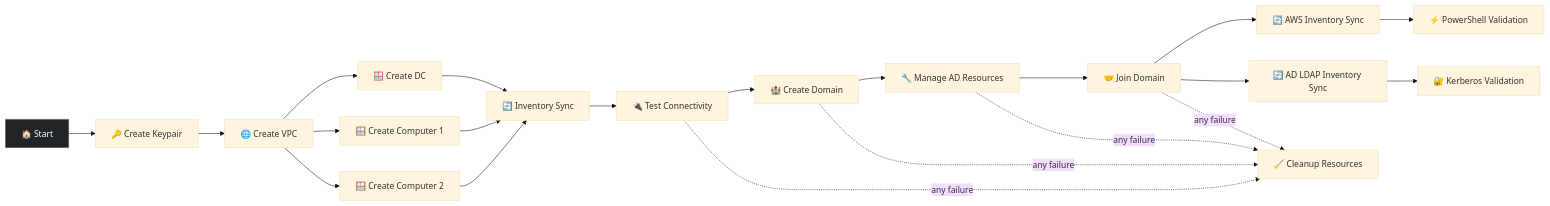
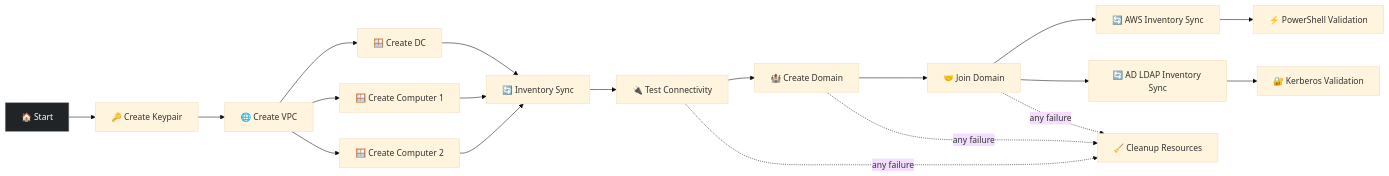
Before and after one commit to ansible/product-demos: the diagram in windows/docs/windows-setup-ad-domain.md, drawn with Mermaid (base theme). The commit also changed other lines of this file and 5 other files, not shown here.

````diff
--- a/windows/docs/windows-setup-ad-domain.md
+++ b/windows/docs/windows-setup-ad-domain.md
@@ -8,25 +8,23 @@
 ```mermaid
 graph LR
   S["🏠 Start"]
   S --> A
   A["🔑 Create Keypair"] --> B["🌐 Create VPC"]
   B --> C["🪟 Create DC"]
   B --> D["🪟 Create Computer 1"]
   B --> E["🪟 Create Computer 2"]
   C --> F["🔄 Inventory Sync"]
   D --> F
   E --> F
   F --> G["🔌 Test Connectivity"]
   G --> H["🏰 Create Domain"]
-  H --> R["🔧 Manage AD Resources"]
-  R --> I["🤝 Join Domain"]
+  H --> I["🤝 Join Domain"]
   I --> J["🔄 AWS Inventory Sync"]
   I --> N["🔄 AD LDAP Inventory Sync"]
   J --> K["⚡ PowerShell Validation"]
   N --> L["🔐 Kerberos Validation"]
   G -. "any failure" .-> M["🧹 Cleanup Resources"]
   H -. "any failure" .-> M
-  R -. "any failure" .-> M
   I -. "any failure" .-> M
   style S fill:#212427,stroke:#8a8d90,color:#fff
 ```
````
